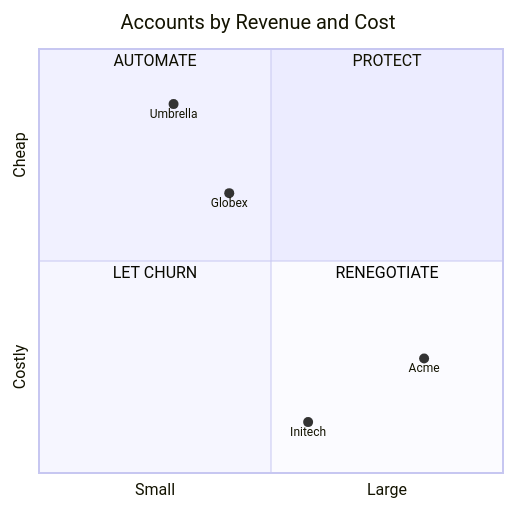
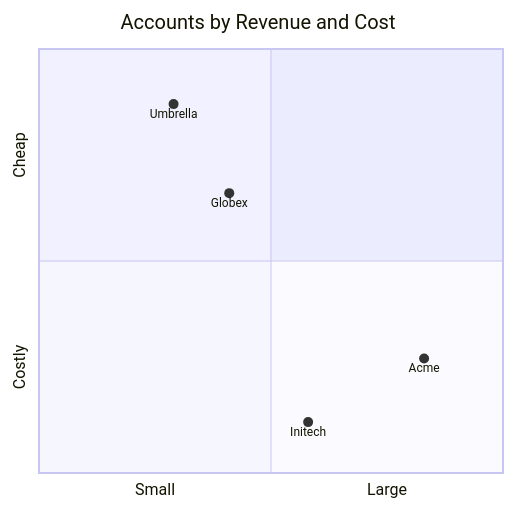
The third of 3 diagrams in .claude/skills/mermaid-styles/skills/explainer-diagrams/ref/patterns/quadrant.md (MacHu-GWU/shsk_mermaid_styles-project), drawn with Mermaid before and after one commit. The commit also changed other lines of this file, not shown here.

````diff
--- a/.claude/skills/mermaid-styles/skills/explainer-diagrams/ref/patterns/quadrant.md
+++ b/.claude/skills/mermaid-styles/skills/explainer-diagrams/ref/patterns/quadrant.md
@@ -265,15 +259,11 @@
 ```mermaid
 %%{init: {"quadrantChart": {"xAxisPosition": "bottom"}}}%%
 quadrantChart
     title Accounts by Revenue and Cost
     x-axis Small --> Large
     y-axis Costly --> Cheap
-    quadrant-1 PROTECT
-    quadrant-2 AUTOMATE
-    quadrant-3 LET CHURN
-    quadrant-4 RENEGOTIATE
     Acme: [0.83, 0.27]
     Globex: [0.41, 0.66]
     Initech: [0.58, 0.12]
     Umbrella: [0.29, 0.87]
 ```
````
